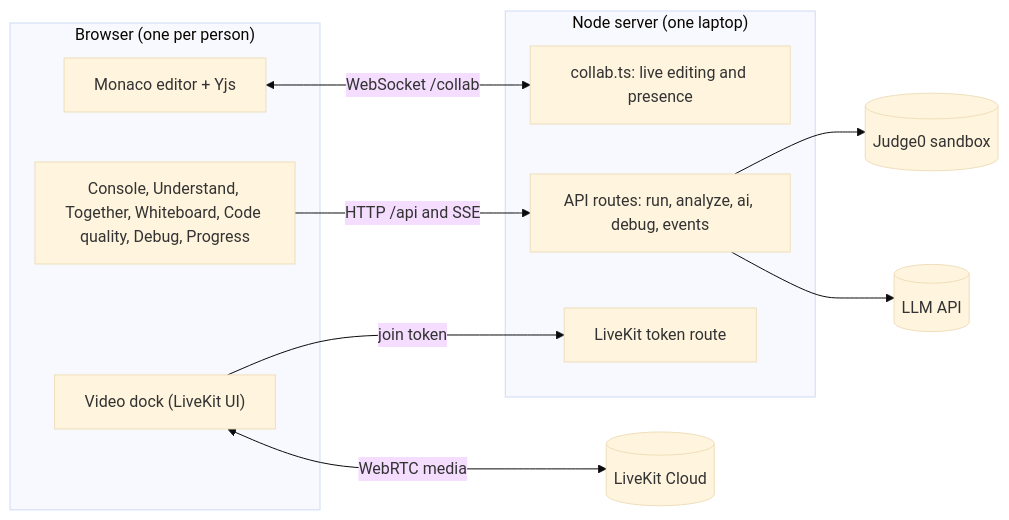
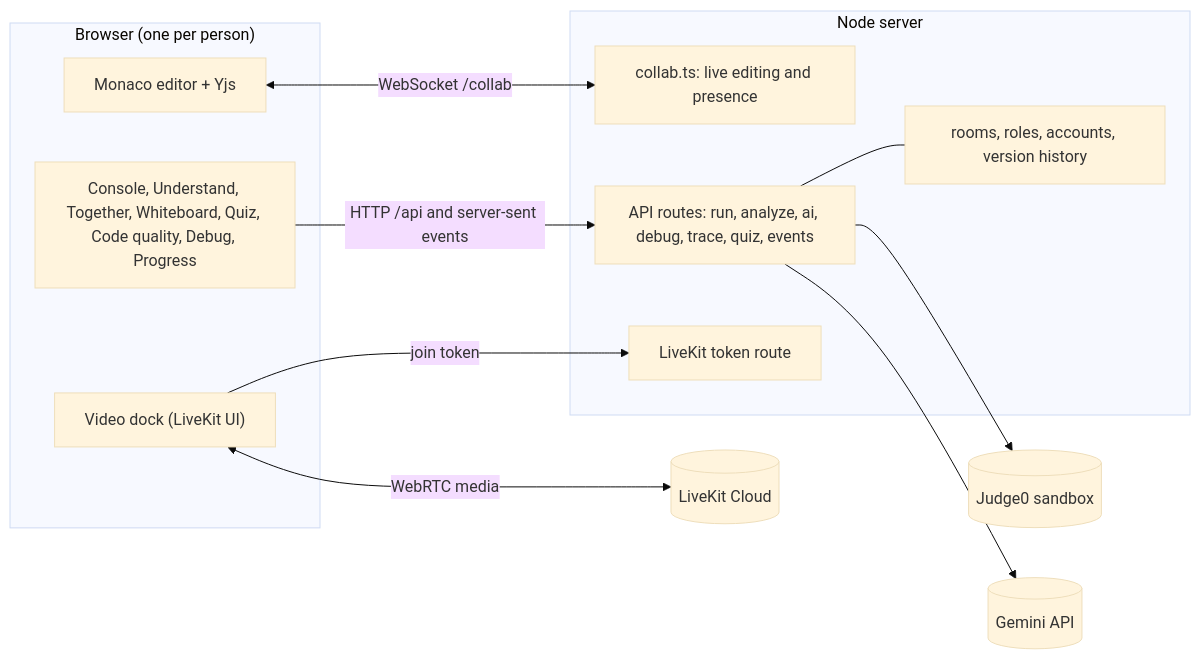
The first of 2 diagrams in README.md (akshitsharma24-ux/SyncVerse), drawn with Mermaid (base theme) before and after one commit. The commit also changed other lines of this file and 22 other files, not shown here.

````diff
--- a/README.md
+++ b/README.md
@@ -32,19 +70,21 @@
 ```mermaid
 flowchart LR
   subgraph Browser["Browser (one per person)"]
     Editor["Monaco editor + Yjs"]
     Video["Video dock (LiveKit UI)"]
-    Panels["Console, Understand, Together, Whiteboard, Code quality, Debug, Progress"]
+    Panels["Console, Understand, Together, Whiteboard, Quiz, Code quality, Debug, Progress"]
   end
-  subgraph Server["Node server (one laptop)"]
+  subgraph Server["Node server"]
     Collab["collab.ts: live editing and presence"]
-    Routes["API routes: run, analyze, ai, debug, events"]
+    Routes["API routes: run, analyze, ai, debug, trace, quiz, events"]
+    Rooms["rooms, roles, accounts, version history"]
     Token["LiveKit token route"]
   end
   Editor <-->|"WebSocket /collab"| Collab
-  Panels -->|"HTTP /api and SSE"| Routes
+  Panels -->|"HTTP /api and server-sent events"| Routes
   Video -->|"join token"| Token
   Video <-->|"WebRTC media"| LiveKit[("LiveKit Cloud")]
   Routes --> Judge0[("Judge0 sandbox")]
-  Routes --> LLM[("LLM API")]
+  Routes --> LLM[("Gemini API")]
+  Routes --- Rooms
 ```
````
